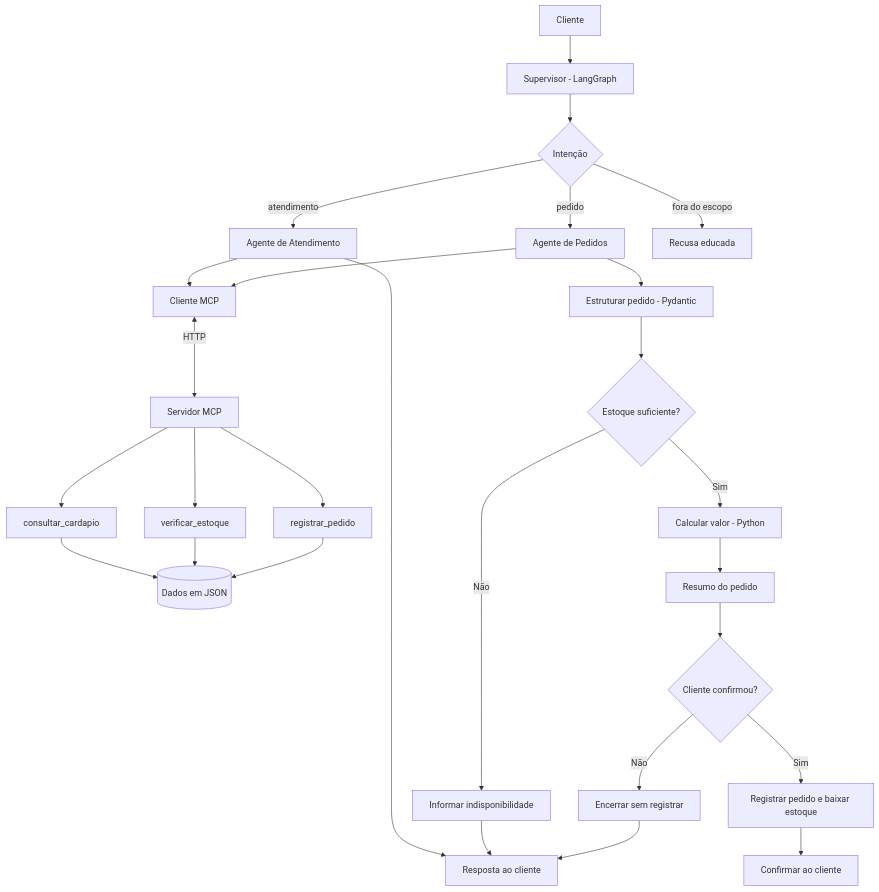
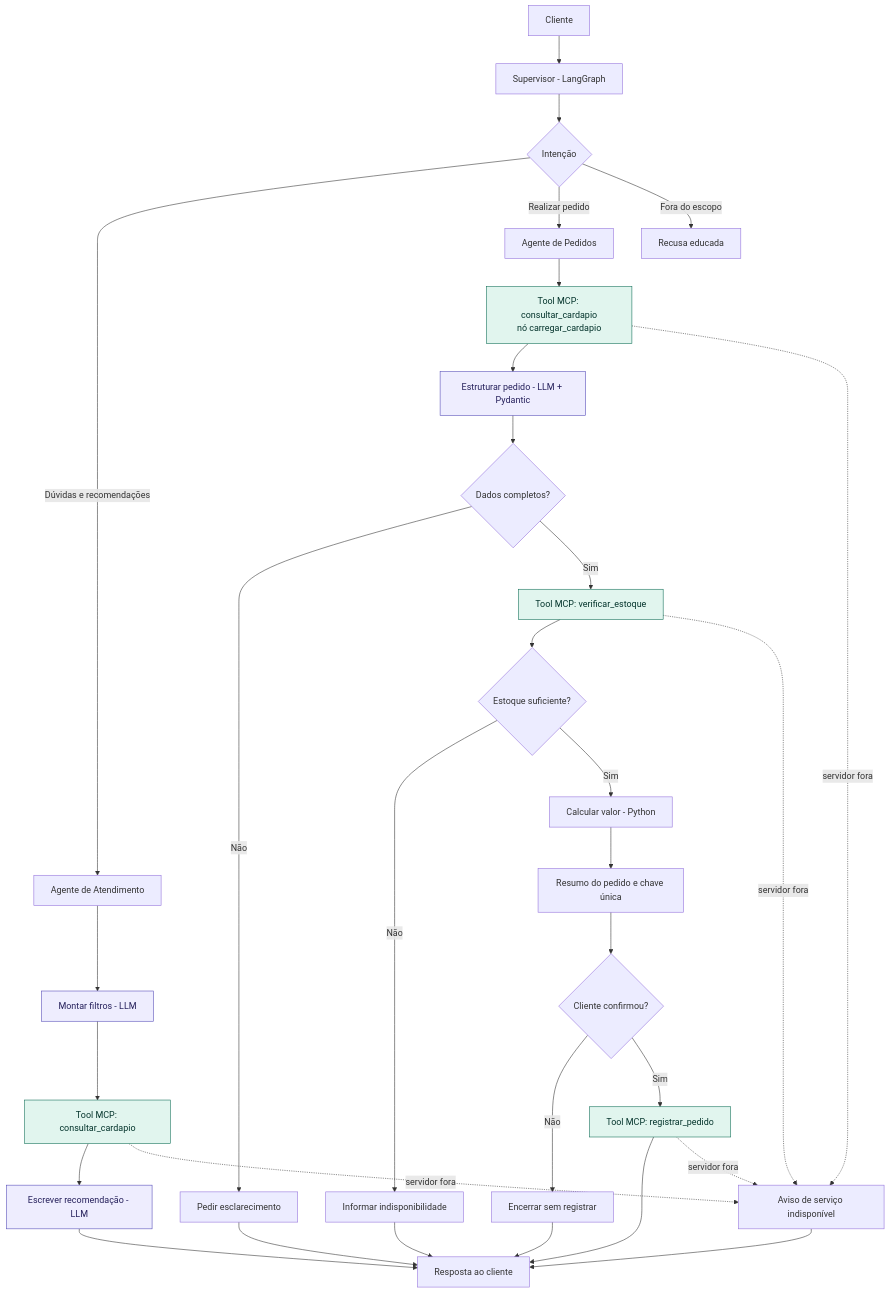
The diagram in README.md (camimcl/Cafeter.IA), drawn with Mermaid before and after one commit. The commit also changed other lines of this file and 5 other files, not shown here.

First line of the commit message:
docs: adiciona nó carregar_cardapio e idempotência obrigatória

````diff
--- a/README.md
+++ b/README.md
@@ -50,29 +50,42 @@
 ```mermaid
 flowchart TD
     A["Cliente"] --> B["Supervisor - LangGraph"]
     B --> C{"Intenção"}
-    C -->|"atendimento"| D["Agente de Atendimento"]
-    C -->|"pedido"| E["Agente de Pedidos"]
-    C -->|"fora do escopo"| Z["Recusa educada"]
 
-    D --> F["Cliente MCP"]
-    E --> F
-    F <-->|"HTTP"| G["Servidor MCP"]
-    G --> H["consultar_cardapio"]
-    G --> I["verificar_estoque"]
-    G --> J["registrar_pedido"]
-    H --> K[("Dados em JSON")]
-    I --> K
-    J --> K
+    C -->|"Dúvidas e recomendações"| D["Agente de Atendimento"]
+    C -->|"Realizar pedido"| E["Agente de Pedidos"]
+    C -->|"Fora do escopo"| Z["Recusa educada"]
 
-    D --> L["Resposta ao cliente"]
-    E --> M["Estruturar pedido - Pydantic"]
-    M --> N{"Estoque suficiente?"}
-    N -->|"Não"| O["Informar indisponibilidade"] --> L
-    N -->|"Sim"| P["Calcular valor - Python"]
-    P --> Q["Resumo do pedido"]
-    Q --> R{"Cliente confirmou?"}
-    R -->|"Não"| S["Encerrar sem registrar"] --> L
-    R -->|"Sim"| T["Registrar pedido e baixar estoque"]
-    T --> U["Confirmar ao cliente"]
+    D --> D1["Montar filtros - LLM"]
+    D1 --> D2["Tool MCP: consultar_cardapio"]
+    D2 --> D3["Escrever recomendação - LLM"]
+    D3 --> L["Resposta ao cliente"]
+
+    E --> E1["Tool MCP: consultar_cardapio<br/>nó carregar_cardapio"]
+    E1 --> E2["Estruturar pedido - LLM + Pydantic"]
+    E2 --> E3{"Dados completos?"}
+    E3 -->|"Não"| Q["Pedir esclarecimento"]
+    Q --> L
+    E3 -->|"Sim"| E4["Tool MCP: verificar_estoque"]
+    E4 --> E5{"Estoque suficiente?"}
+    E5 -->|"Não"| K["Informar indisponibilidade"]
+    K --> L
+    E5 -->|"Sim"| E6["Calcular valor - Python"]
+    E6 --> E7["Resumo do pedido e chave única"]
+    E7 --> E8{"Cliente confirmou?"}
+    E8 -->|"Não"| O["Encerrar sem registrar"]
+    O --> L
+    E8 -->|"Sim"| E9["Tool MCP: registrar_pedido"]
+    E9 --> L
+
+    D2 -.->|"servidor fora"| X["Aviso de serviço indisponível"]
+    E1 -.->|"servidor fora"| X
+    E4 -.->|"servidor fora"| X
+    E9 -.->|"servidor fora"| X
+    X --> L
+
+    classDef mcp fill:#E1F5EE,stroke:#0F6E56,color:#04342C,stroke-width:1px
+    classDef llm fill:#EEEDFE,stroke:#534AB7,color:#26215C,stroke-width:1px
+    class D2,E1,E4,E9 mcp
+    class D1,D3,E2 llm
 ```
````
